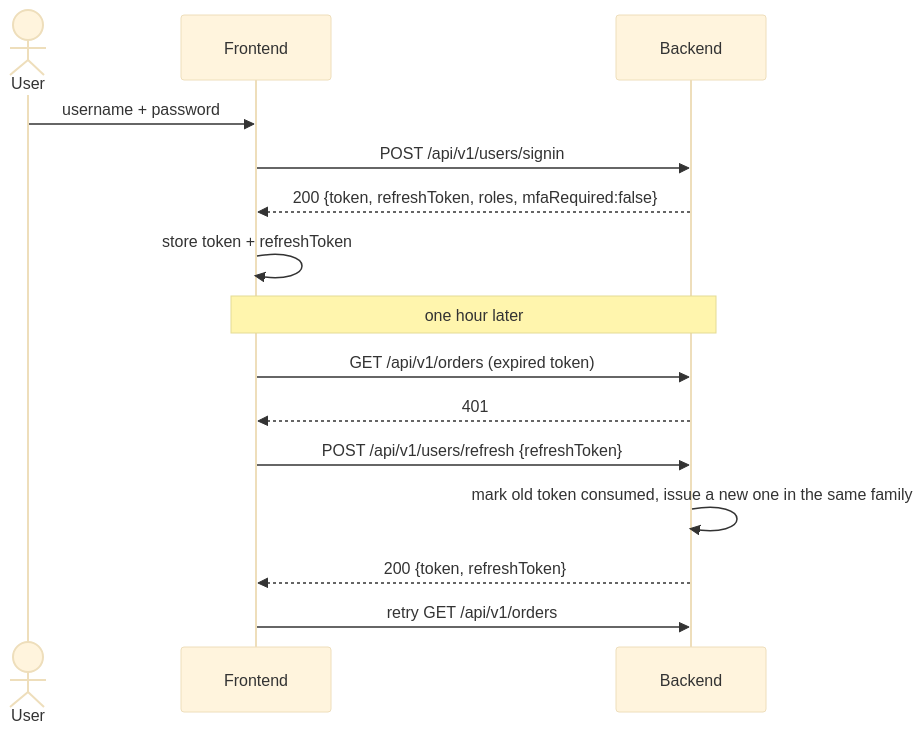
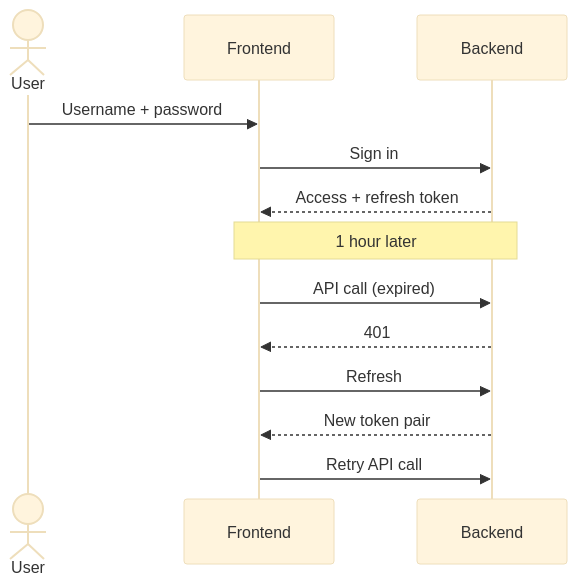
Before and after one commit to slawekradzyminski/awesome-localstack: the first of 5 diagrams in docs-site/docs/flows/accounts.md, drawn with Mermaid (base theme). The commit also changed other lines of this file and 27 other files, not shown here.

First line of the commit message:
Fix unrendered wiki diagrams and make every diagram readable

````diff
--- a/docs-site/docs/flows/accounts.md
+++ b/docs-site/docs/flows/accounts.md
@@ -34,17 +34,15 @@
 ```mermaid
 sequenceDiagram
     actor U as User
     participant F as Frontend
     participant B as Backend
-    U->>F: username + password
-    F->>B: POST /api/v1/users/signin
-    B-->>F: 200 {token, refreshToken, roles, mfaRequired:false}
-    F->>F: store token + refreshToken
-    Note over F,B: one hour later
-    F->>B: GET /api/v1/orders (expired token)
+    U->>F: Username + password
+    F->>B: Sign in
+    B-->>F: Access + refresh token
+    Note over F,B: 1 hour later
+    F->>B: API call (expired)
     B-->>F: 401
-    F->>B: POST /api/v1/users/refresh {refreshToken}
-    B->>B: mark old token consumed, issue a new one in the same family
-    B-->>F: 200 {token, refreshToken}
-    F->>B: retry GET /api/v1/orders
+    F->>B: Refresh
+    B-->>F: New token pair
+    F->>B: Retry API call
 ```
````
